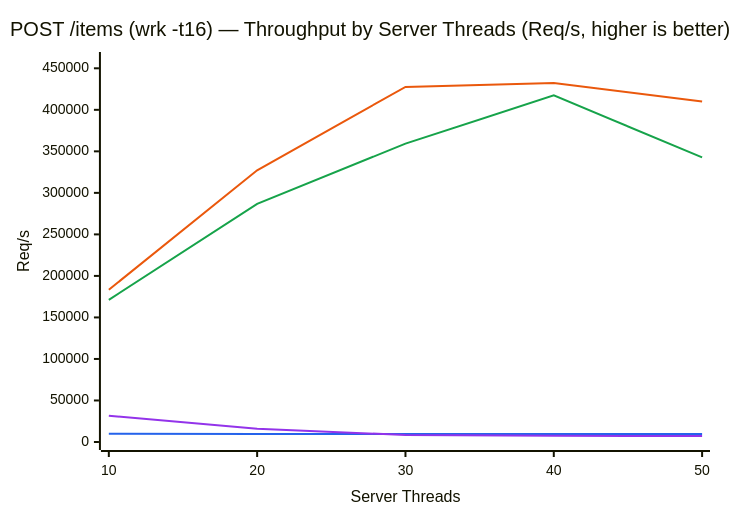
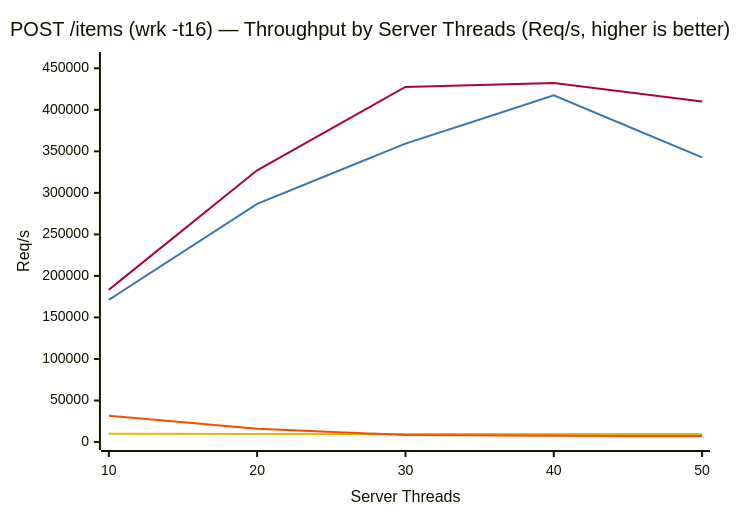
Before and after one commit to erlpython/epython: the first of 4 diagrams in README.md, drawn with Mermaid. The commit also changed other lines of this file, not shown here.

````diff
--- a/README.md
+++ b/README.md
@@ -19,16 +19,16 @@
 ```mermaid
 ---
 config:
   themeVariables:
     xyChart:
-      plotColorPalette: "#ea580c, #16a34a, #2563eb, #9333ea"
+      plotColorPalette: "#A90533, #3776AB, #EAB308, #F74C00"
 ---
 xychart-beta
     title "POST /items (wrk -t16) — Throughput by Server Threads (Req/s, higher is better)"
     x-axis "Server Threads" ["10", "20", "30", "40", "50"]
     y-axis "Req/s" 0 --> 460000
     line [183293, 327172, 427601, 432361, 409928]
     line [171193, 286849, 359254, 417353, 342737]
     line [9909, 9726, 9712, 9656, 9682]
     line [31548, 15829, 8500, 7597, 7101]
 ```
````
